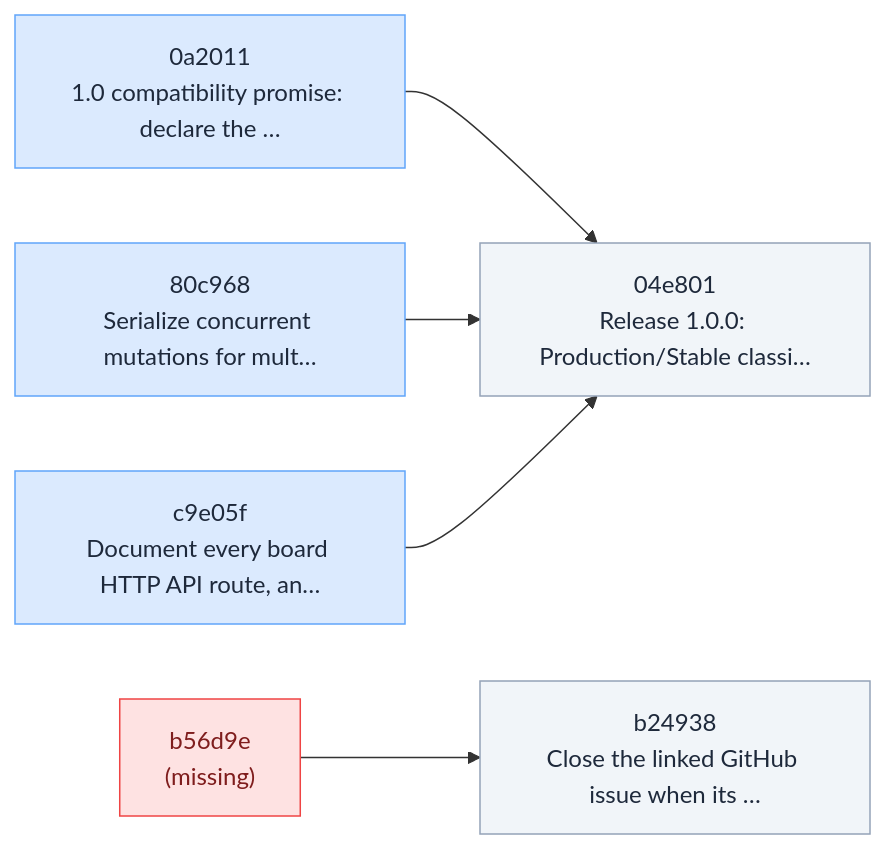
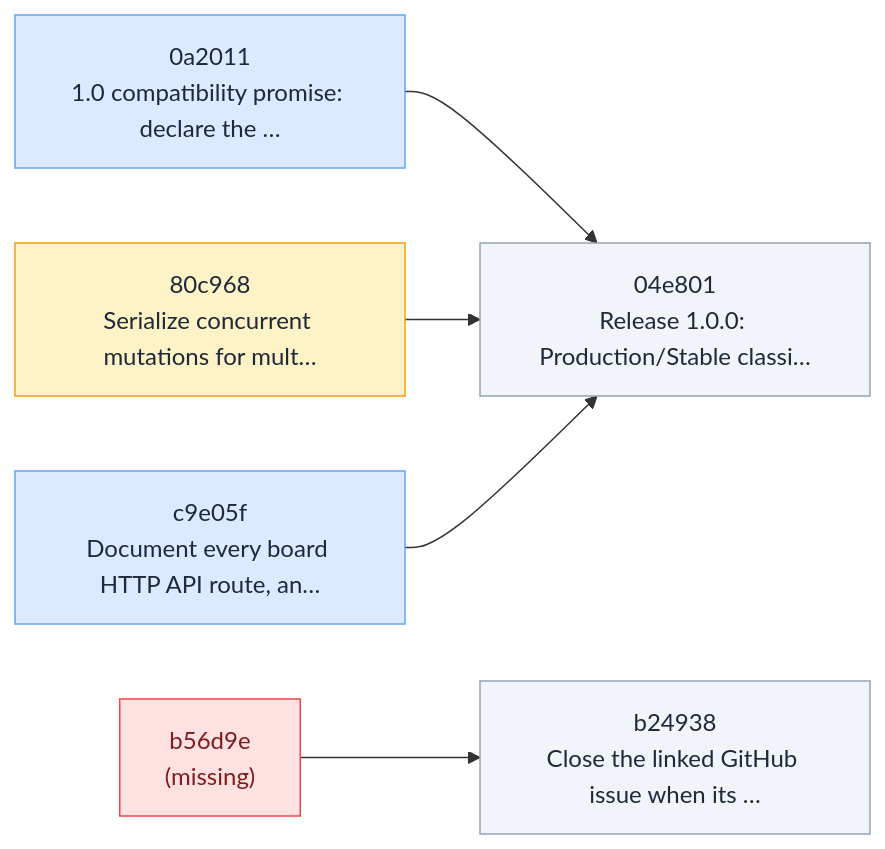
Before and after one commit to Vitund-AI/skald: the diagram in .skald/README.md, drawn with Mermaid. The commit also changed other lines of this file and 12 other files, not shown here.

````diff
--- a/.skald/README.md
+++ b/.skald/README.md
@@ -25,19 +25,21 @@
 ```mermaid
 flowchart LR
     n_04e801["04e801<br/>Release 1.0.0: Production/Stable classi…"]
     n_0a2011["0a2011<br/>1.0 compatibility promise: declare the …"]
     n_80c968["80c968<br/>Serialize concurrent mutations for mult…"]
     n_b24938["b24938<br/>Close the linked GitHub issue when its …"]
     n_b56d9e["b56d9e<br/>(missing)"]
     n_c9e05f["c9e05f<br/>Document every board HTTP API route, an…"]
     n_b56d9e --> n_b24938
     n_0a2011 --> n_04e801
     n_80c968 --> n_04e801
     n_c9e05f --> n_04e801
     classDef backlog fill:#f1f5f9,stroke:#94a3b8,color:#1e293b
     classDef ready fill:#dbeafe,stroke:#60a5fa,color:#1e293b
+    classDef active fill:#fef3c7,stroke:#f59e0b,color:#1e293b
     classDef unknown fill:#fee2e2,stroke:#ef4444,color:#7f1d1d
+    class n_80c968 active
+    class n_0a2011,n_c9e05f ready
+    class n_b56d9e unknown
     class n_04e801,n_b24938 backlog
-    class n_0a2011,n_80c968,n_c9e05f ready
-    class n_b56d9e unknown
 ```
````
